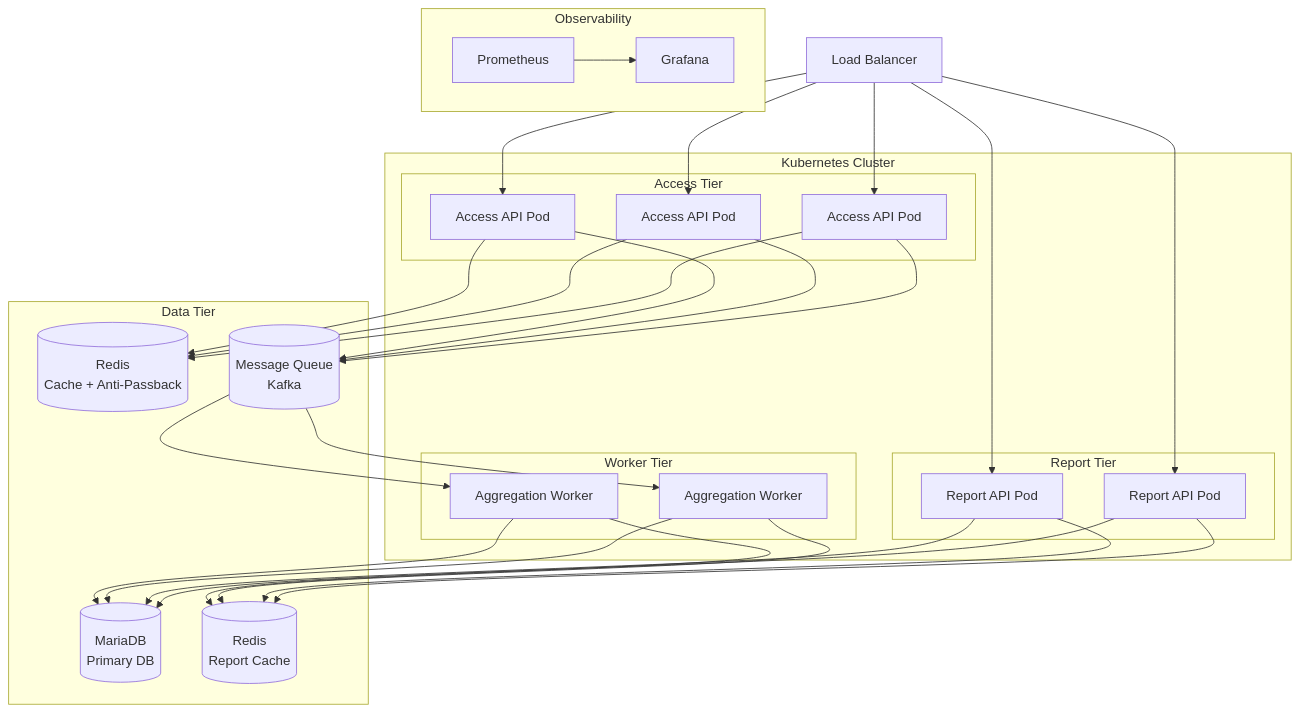
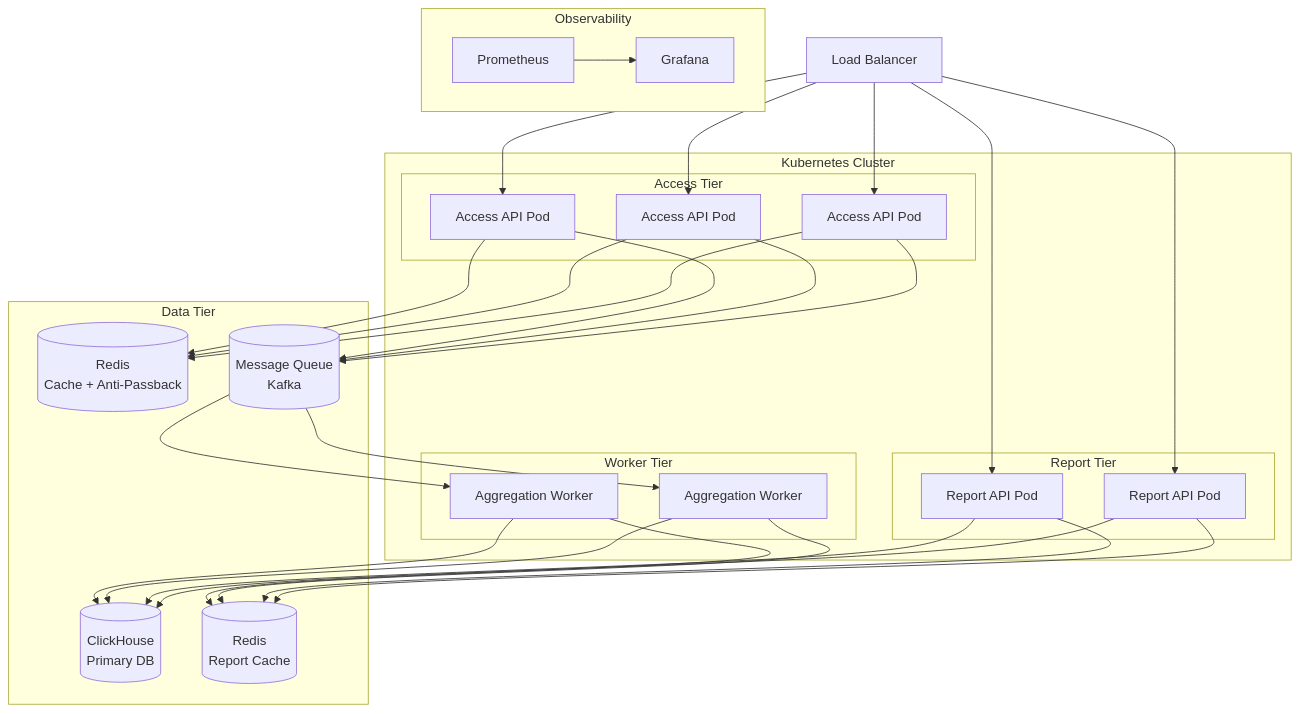
Diagram 12 of 12 in manual.md (XintiWu/TSM-Access-Control-System), drawn with Mermaid before and after one commit. The commit also changed other lines of this file and 31 other files, not shown here.

First line of the commit message:
refactor: migrate all persistence to ClickHouse and remove MariaDB

````diff
--- a/manual.md
+++ b/manual.md
@@ -503,38 +503,38 @@
 ```mermaid
 graph TB
     subgraph Kubernetes Cluster
         subgraph Access Tier
             A1[Access API Pod]
             A2[Access API Pod]
             A3[Access API Pod]
         end
         subgraph Report Tier
             R1[Report API Pod]
             R2[Report API Pod]
         end
         subgraph Worker Tier
             W1[Aggregation Worker]
             W2[Aggregation Worker]
         end
     end
 
     subgraph Data Tier
         REDIS[(Redis\nCache + Anti-Passback)]
         KAFKA[(Message Queue\nKafka)]
-        PG[(MariaDB\nPrimary DB)]
+        PG[(ClickHouse\nPrimary DB)]
         RCACHE[(Redis\nReport Cache)]
     end
 
     subgraph Observability
         PROM[Prometheus]
         GRAF[Grafana]
     end
 
     LB[Load Balancer] --> A1 & A2 & A3
     LB --> R1 & R2
     A1 & A2 & A3 --> REDIS & KAFKA
     W1 & W2 --> PG & RCACHE
     KAFKA --> W1 & W2
     R1 & R2 --> RCACHE & PG
     PROM --> GRAF
 ```
````
